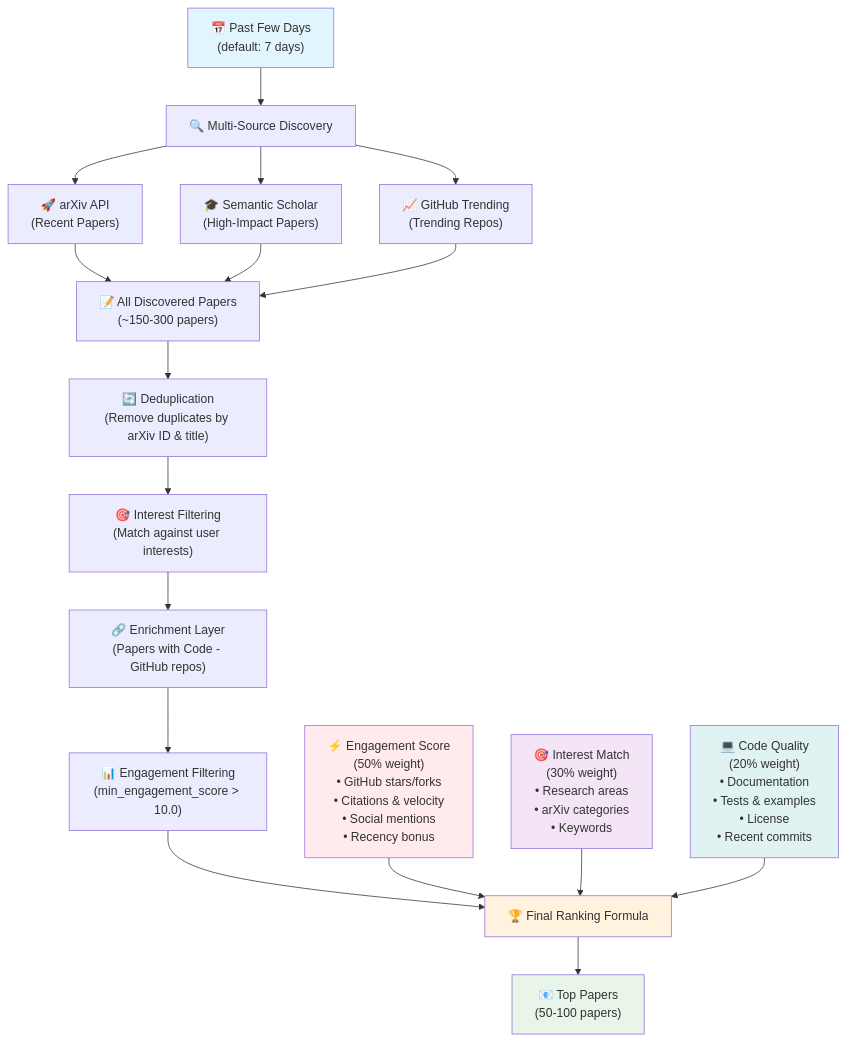
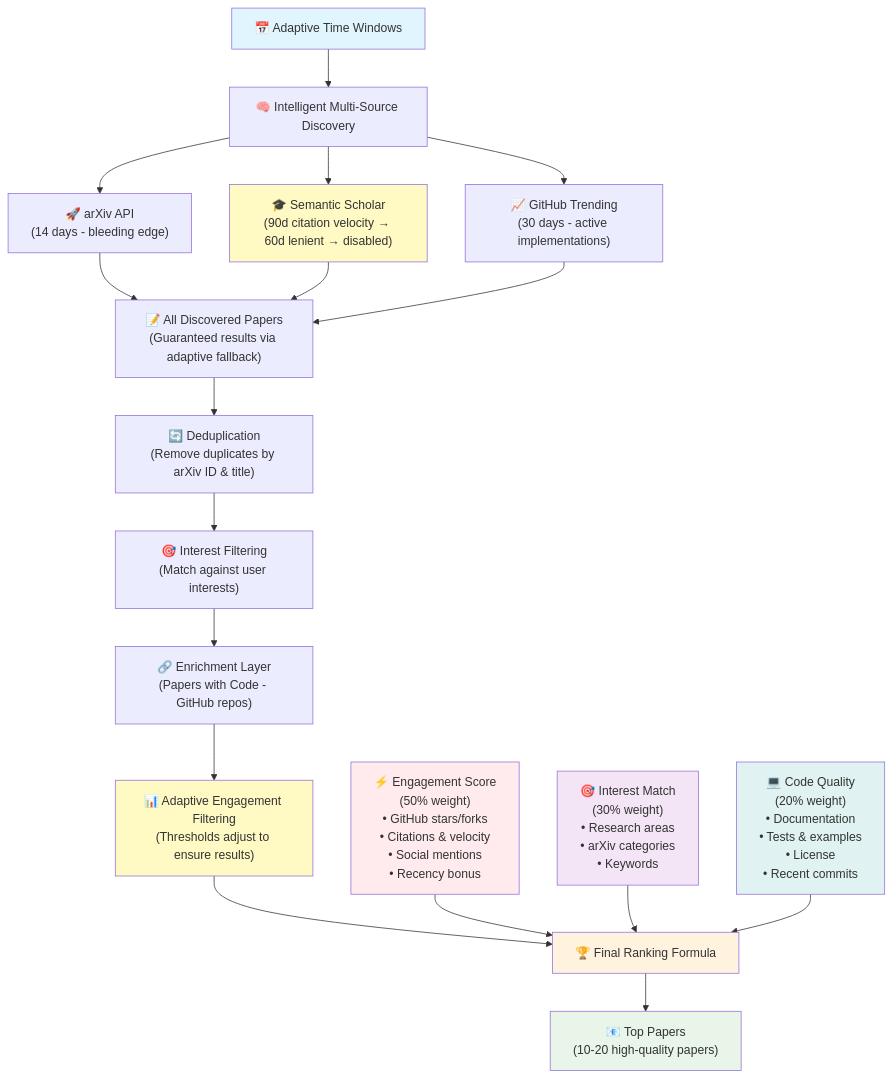
The diagram in README.md (whaleonearth/arxiv-ai-paper-weekly), drawn with Mermaid before and after one commit. The commit also changed other lines of this file and 2 other files, not shown here.

First line of the commit message:
Enhance README and improve paper discovery service with adaptive strategies

````diff
--- a/README.md
+++ b/README.md
@@ -53,35 +53,37 @@
 ```mermaid
 flowchart TD
-    A["📅 Past Few Days<br/>(default: 7 days)"] --> B["🔍 Multi-Source Discovery"]
+    A["📅 Adaptive Time Windows"] --> B["🧠 Intelligent Multi-Source Discovery"]
     
-    B --> C["🚀 arXiv API<br/>(Recent Papers)"]
-    B --> D["🎓 Semantic Scholar<br/>(High-Impact Papers)"]
-    B --> E["📈 GitHub Trending<br/>(Trending Repos)"]
+    B --> C["🚀 arXiv API<br/>(14 days - bleeding edge)"]
+    B --> D["🎓 Semantic Scholar<br/>(90d citation velocity → 60d lenient → disabled)"]
+    B --> E["📈 GitHub Trending<br/>(30 days - active implementations)"]
     
-    C --> F["📝 All Discovered Papers<br/>(~150-300 papers)"]
+    C --> F["📝 All Discovered Papers<br/>(Guaranteed results via adaptive fallback)"]
     D --> F
     E --> F
     
     F --> G["🔄 Deduplication<br/>(Remove duplicates by arXiv ID & title)"]
     
     G --> H["🎯 Interest Filtering<br/>(Match against user interests)"]
     
     H --> I["🔗 Enrichment Layer<br/>(Papers with Code - GitHub repos)"]
     
-    I --> J["📊 Engagement Filtering<br/>(min_engagement_score > 10.0)"]
+    I --> J["📊 Adaptive Engagement Filtering<br/>(Thresholds adjust to ensure results)"]
     
     J --> K["🏆 Final Ranking Formula"]
     
-    K --> L["📧 Top Papers<br/>(50-100 papers)"]
+    K --> L["📧 Top Papers<br/>(10-20 high-quality papers)"]
     
     K1["⚡ Engagement Score<br/>(50% weight)<br/>• GitHub stars/forks<br/>• Citations & velocity<br/>• Social mentions<br/>• Recency bonus"] --> K
     K2["🎯 Interest Match<br/>(30% weight)<br/>• Research areas<br/>• arXiv categories<br/>• Keywords"] --> K
     K3["💻 Code Quality<br/>(20% weight)<br/>• Documentation<br/>• Tests & examples<br/>• License<br/>• Recent commits"] --> K
     
     style A fill:#e1f5fe
     style K fill:#fff3e0
     style L fill:#e8f5e8
     style K1 fill:#ffebee
     style K2 fill:#f3e5f5
     style K3 fill:#e0f2f1
+    style D fill:#fff9c4
+    style J fill:#fff9c4
 ```
````
